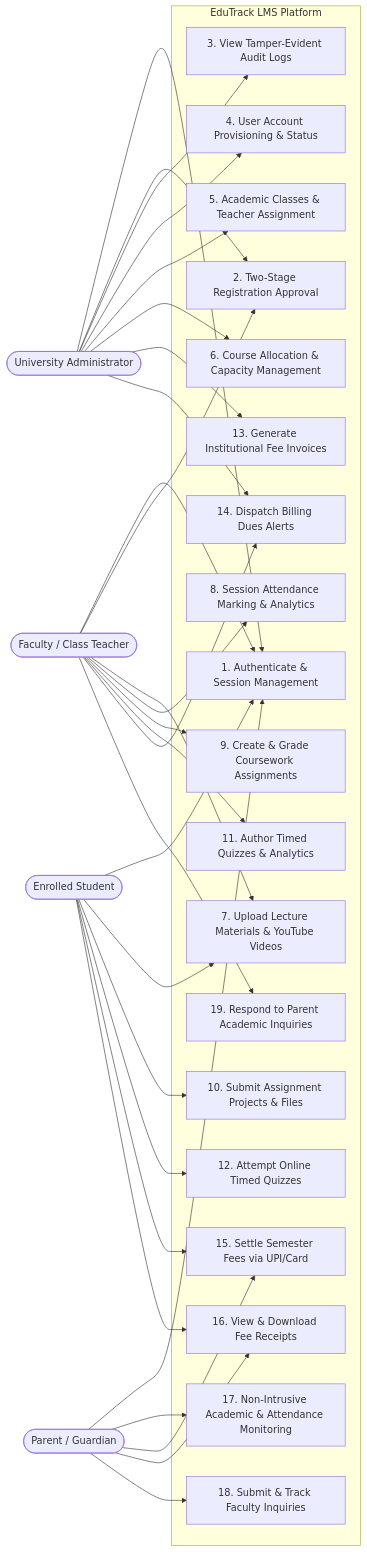
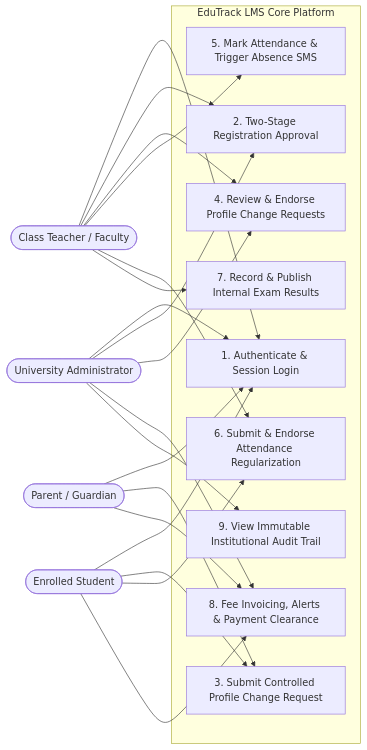
Before and after one commit to Techmasternikhil/Edutrack: the diagram in EduTrack_LMS_Project_Report.md, drawn with Mermaid. The commit also changed other lines of this file, not shown here.

Commit message:
docs: generate comprehensive EduTrack LMS academic project report based on reference template

````diff
--- a/EduTrack_LMS_Project_Report.md
+++ b/EduTrack_LMS_Project_Report.md
@@ -27,72 +770,44 @@
 ```mermaid
 graph LR
     %% Actors
     Admin([University Administrator])
-    Faculty([Faculty / Class Teacher])
+    Teacher([Class Teacher / Faculty])
     Student([Enrolled Student])
     Parent([Parent / Guardian])
 
-    %% System Boundaries
-    subgraph "EduTrack LMS Platform"
-        %% Auth & Security
-        UC_Auth[1. Authenticate & Session Management]
-        UC_RegTwoStage[2. Two-Stage Registration Approval]
-        UC_Audit[3. View Tamper-Evident Audit Logs]
-        UC_UserManage[4. User Account Provisioning & Status]
-
-        %% Academic Operations
-        UC_ClassManage[5. Academic Classes & Teacher Assignment]
-        UC_CourseManage[6. Course Allocation & Capacity Management]
-        UC_Materials[7. Upload Lecture Materials & YouTube Videos]
-        UC_Attendance[8. Session Attendance Marking & Analytics]
-
-        %% Assessments & Coursework
-        UC_Assignments[9. Create & Grade Coursework Assignments]
-        UC_SubmitWork[10. Submit Assignment Projects & Files]
-        UC_Quizzes[11. Author Timed Quizzes & Analytics]
-        UC_TakeQuiz[12. Attempt Online Timed Quizzes]
-
-        %% Financial Clearance & Billing
-        UC_CreateInvoice[13. Generate Institutional Fee Invoices]
-        UC_SendBillingAlert[14. Dispatch Billing Dues Alerts]
-        UC_PayFee[15. Settle Semester Fees via UPI/Card]
-        UC_DownloadReceipt[16. View & Download Fee Receipts]
-
-        %% Parental Oversight & Communication
-        UC_ParentMonitor[17. Non-Intrusive Academic & Attendance Monitoring]
-        UC_ParentInquiry[18. Submit & Track Faculty Inquiries]
-        UC_FacultyReply[19. Respond to Parent Academic Inquiries]
+    %% Boundaries
+    subgraph "EduTrack LMS Core Platform"
+        UC_Auth[1. Authenticate & Session Login]
+        UC_TwoStage[2. Two-Stage Registration Approval]
+        UC_ProfileRequest[3. Submit Controlled Profile Change Request]
+        UC_ReviewProfile[4. Review & Endorse Profile Change Requests]
+        UC_Attendance[5. Mark Attendance & Trigger Absence SMS]
+        UC_Regularize[6. Submit & Endorse Attendance Regularization]
+        UC_Exams[7. Record & Publish Internal Exam Results]
+        UC_Billing[8. Fee Invoicing, Alerts & Payment Clearance]
+        UC_Audit[9. View Immutable Institutional Audit Trail]
     end
 
-    %% Actor Connections
+    %% Mappings
     Admin --> UC_Auth
-    Admin --> UC_RegTwoStage
+    Admin --> UC_TwoStage
+    Admin --> UC_ReviewProfile
+    Admin --> UC_Billing
     Admin --> UC_Audit
-    Admin --> UC_UserManage
-    Admin --> UC_ClassManage
-    Admin --> UC_CourseManage
-    Admin --> UC_CreateInvoice
-    Admin --> UC_SendBillingAlert
 
-    Faculty --> UC_Auth
-    Faculty --> UC_RegTwoStage
-    Faculty --> UC_Materials
-    Faculty --> UC_Attendance
-    Faculty --> UC_Assignments
-    Faculty --> UC_Quizzes
-    Faculty --> UC_SendBillingAlert
-    Faculty --> UC_FacultyReply
+    Teacher --> UC_Auth
+    Teacher --> UC_TwoStage
+    Teacher --> UC_ReviewProfile
+    Teacher --> UC_Attendance
+    Teacher --> UC_Regularize
+    Teacher --> UC_Exams
 
     Student --> UC_Auth
-    Student --> UC_Materials
-    Student --> UC_SubmitWork
-    Student --> UC_TakeQuiz
-    Student --> UC_PayFee
-    Student --> UC_DownloadReceipt
+    Student --> UC_ProfileRequest
+    Student --> UC_Regularize
+    Student --> UC_Billing
 
     Parent --> UC_Auth
-    Parent --> UC_ParentMonitor
-    Parent --> UC_PayFee
-    Parent --> UC_DownloadReceipt
-    Parent --> UC_ParentInquiry
+    Parent --> UC_ProfileRequest
+    Parent --> UC_Billing
 ```
````
